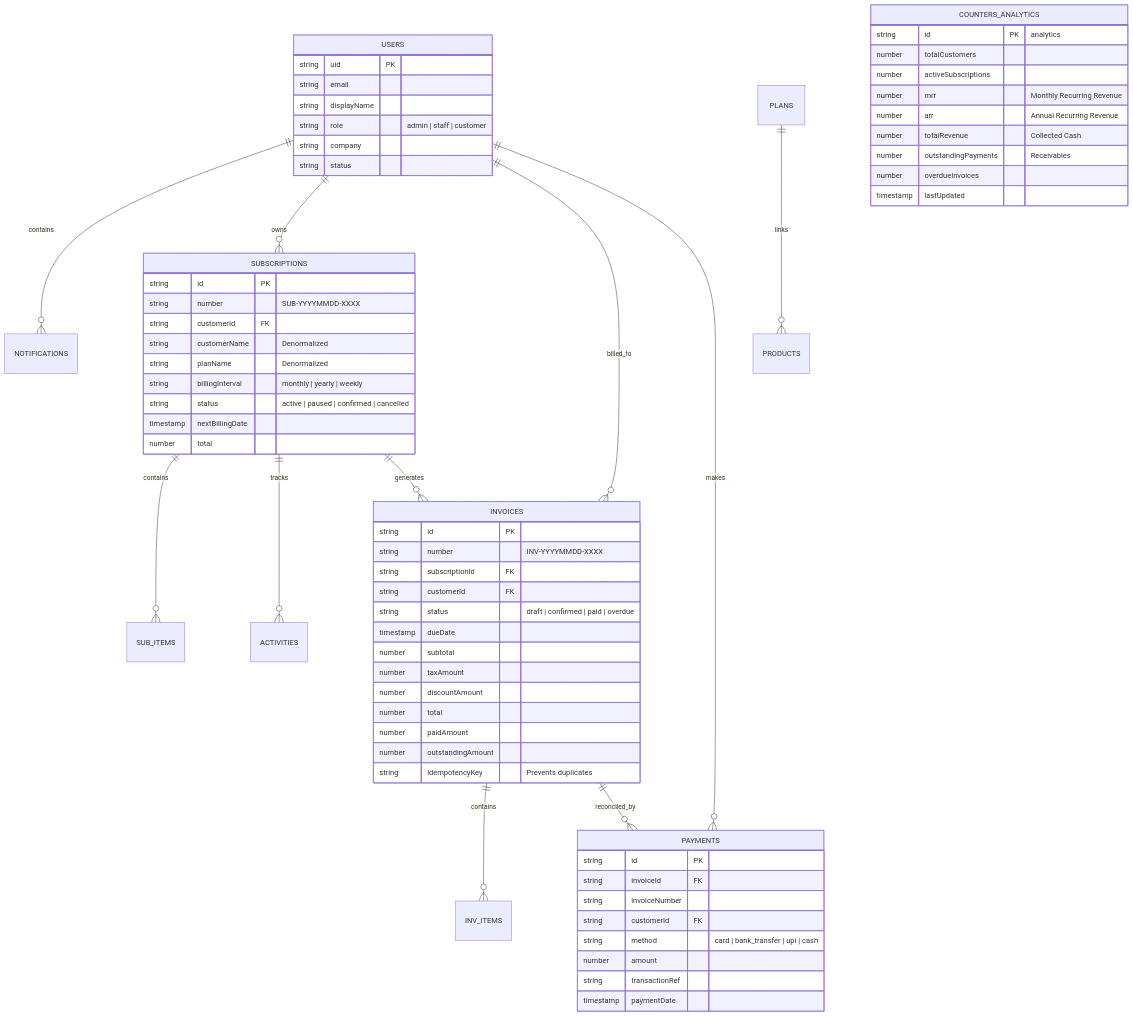
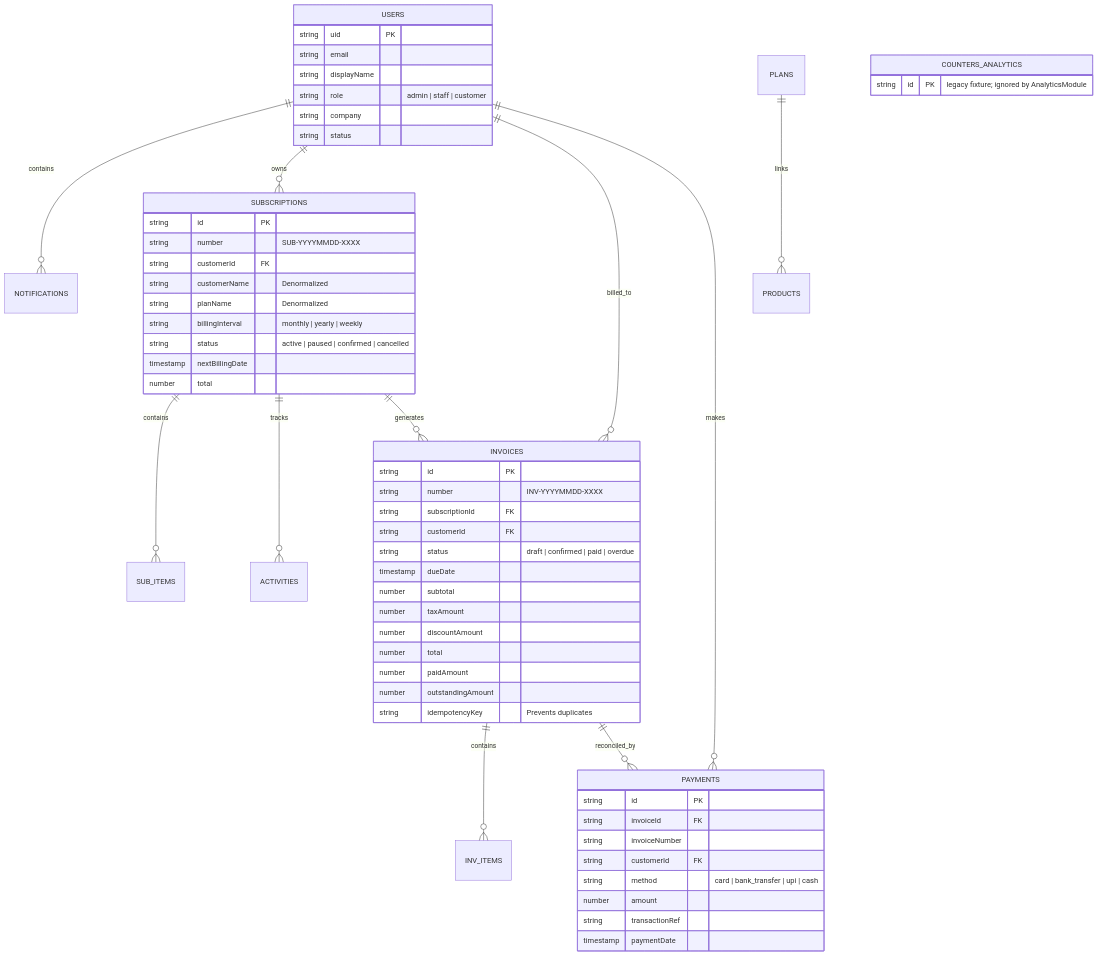
The third of 3 diagrams in ARCHITECTURE.md (anandhukrishnaas1/SubFlow), drawn with Mermaid before and after one commit. The commit also changed other lines of this file and 47 other files, not shown here.

````diff
--- a/ARCHITECTURE.md
+++ b/ARCHITECTURE.md
@@ -129,76 +129,68 @@
 ```mermaid
 erDiagram
     USERS ||--o{ NOTIFICATIONS : contains
     USERS ||--o{ SUBSCRIPTIONS : owns
     USERS ||--o{ INVOICES : billed_to
     USERS ||--o{ PAYMENTS : makes
 
     SUBSCRIPTIONS ||--o{ SUB_ITEMS : contains
     SUBSCRIPTIONS ||--o{ ACTIVITIES : tracks
     SUBSCRIPTIONS ||--o{ INVOICES : generates
 
     INVOICES ||--o{ INV_ITEMS : contains
     INVOICES ||--o{ PAYMENTS : reconciled_by
 
     PLANS ||--o{ PRODUCTS : links
 
     USERS {
         string uid PK
         string email
         string displayName
         string role "admin | staff | customer"
         string company
         string status
     }
 
     SUBSCRIPTIONS {
         string id PK
         string number "SUB-YYYYMMDD-XXXX"
         string customerId FK
         string customerName "Denormalized"
         string planName "Denormalized"
         string billingInterval "monthly | yearly | weekly"
         string status "active | paused | confirmed | cancelled"
         timestamp nextBillingDate
         number total
     }
 
     INVOICES {
         string id PK
         string number "INV-YYYYMMDD-XXXX"
         string subscriptionId FK
         string customerId FK
         string status "draft | confirmed | paid | overdue"
         timestamp dueDate
         number subtotal
         number taxAmount
         number discountAmount
         number total
         number paidAmount
         number outstandingAmount
         string idempotencyKey "Prevents duplicates"
     }
 
     PAYMENTS {
         string id PK
         string invoiceId FK
         string invoiceNumber
         string customerId FK
         string method "card | bank_transfer | upi | cash"
         number amount
         string transactionRef
         timestamp paymentDate
     }
 
     COUNTERS_ANALYTICS {
-        string id PK "analytics"
-        number totalCustomers
-        number activeSubscriptions
-        number mrr "Monthly Recurring Revenue"
-        number arr "Annual Recurring Revenue"
-        number totalRevenue "Collected Cash"
-        number outstandingPayments "Receivables"
-        number overdueInvoices
-        timestamp lastUpdated
+        string id PK "legacy fixture; ignored by AnalyticsModule"
     }
 ```
````
